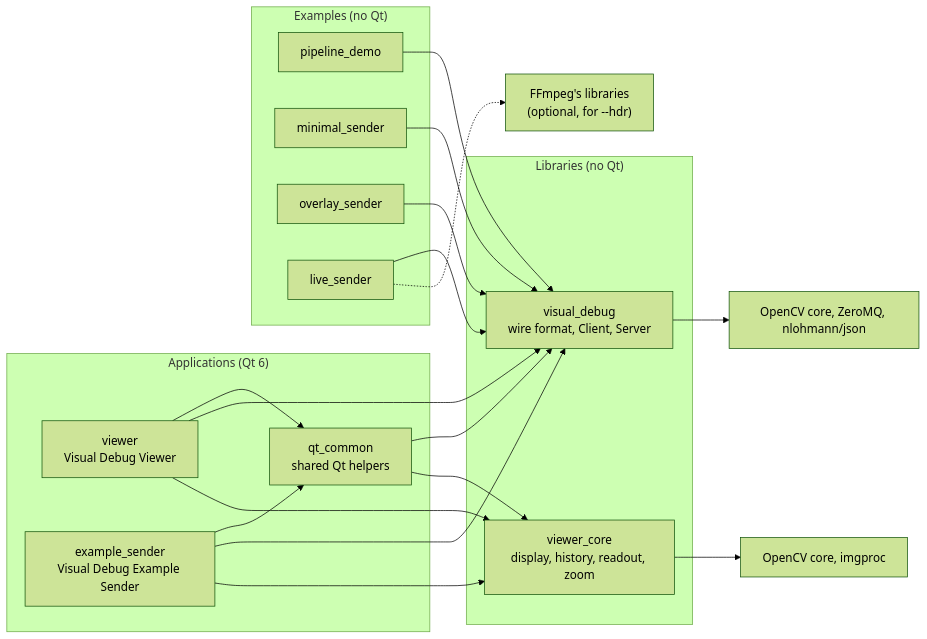
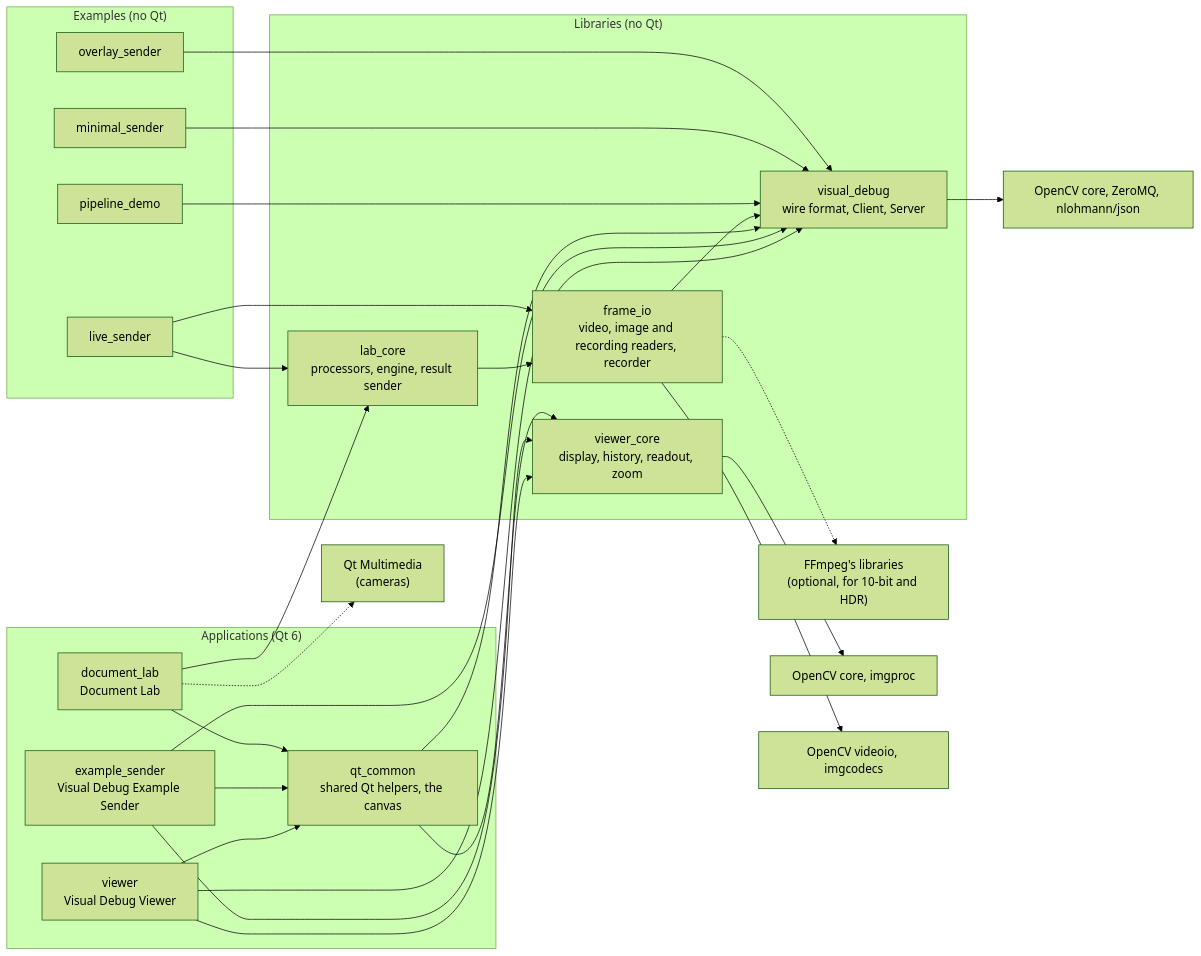
One commit to mbuster8/id-vision-lab changed the first of 3 diagrams in docs/architecture.md. Above: the diagram before and after it, drawn with Mermaid (forest theme). The commit also changed other lines of this file and 6 other files, not shown here.

First line of the commit message:
docs: the Document Lab in the guides, the architecture, CLAUDE.md and ADR-003

````diff
--- a/docs/architecture.md
+++ b/docs/architecture.md
@@ -15,33 +15,43 @@
 ```mermaid
 flowchart LR
     subgraph apps["Applications (Qt 6)"]
         viewer["viewer<br/>Visual Debug Viewer"]
         sender["example_sender<br/>Visual Debug Example Sender"]
-        qtcommon["qt_common<br/>shared Qt helpers"]
+        lab["document_lab<br/>Document Lab"]
+        qtcommon["qt_common<br/>shared Qt helpers, the canvas"]
     end
     subgraph examples["Examples (no Qt)"]
         pipeline["pipeline_demo"]
         minimal["minimal_sender"]
         overlay["overlay_sender"]
         live["live_sender"]
     end
     subgraph libs["Libraries (no Qt)"]
         vd["visual_debug<br/>wire format, Client, Server"]
         vc["viewer_core<br/>display, history, readout, zoom"]
+        fio["frame_io<br/>video, image and recording readers, recorder"]
+        lc["lab_core<br/>processors, engine, result sender"]
     end
     viewer --> qtcommon
     sender --> qtcommon
+    lab --> qtcommon
+    lab --> lc
+    lab -.-> qtmm["Qt Multimedia<br/>(cameras)"]
     viewer --> vd
     viewer --> vc
     sender --> vd
     sender --> vc
     qtcommon --> vd
     qtcommon --> vc
+    lc --> fio
+    fio --> vd
     pipeline --> vd
     minimal --> vd
     overlay --> vd
-    live --> vd
-    live -.-> ffmpeg["FFmpeg's libraries<br/>(optional, for --hdr)"]
+    live --> lc
+    live --> fio
+    fio -.-> ffmpeg["FFmpeg's libraries<br/>(optional, for 10-bit and HDR)"]
     vd --> deps1["OpenCV core, ZeroMQ, nlohmann/json"]
     vc --> deps2["OpenCV core, imgproc"]
+    fio --> deps3["OpenCV videoio, imgcodecs"]
 ```
````
